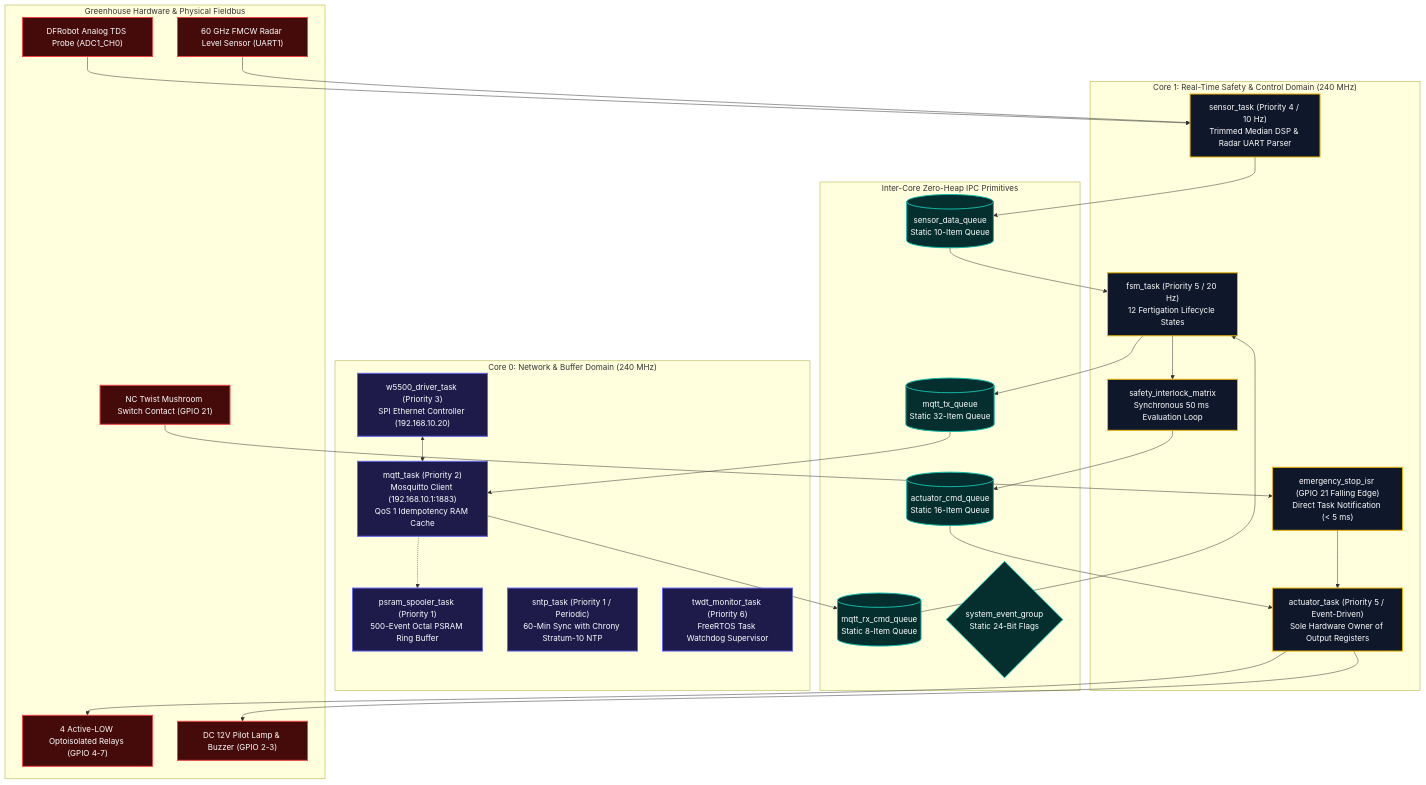
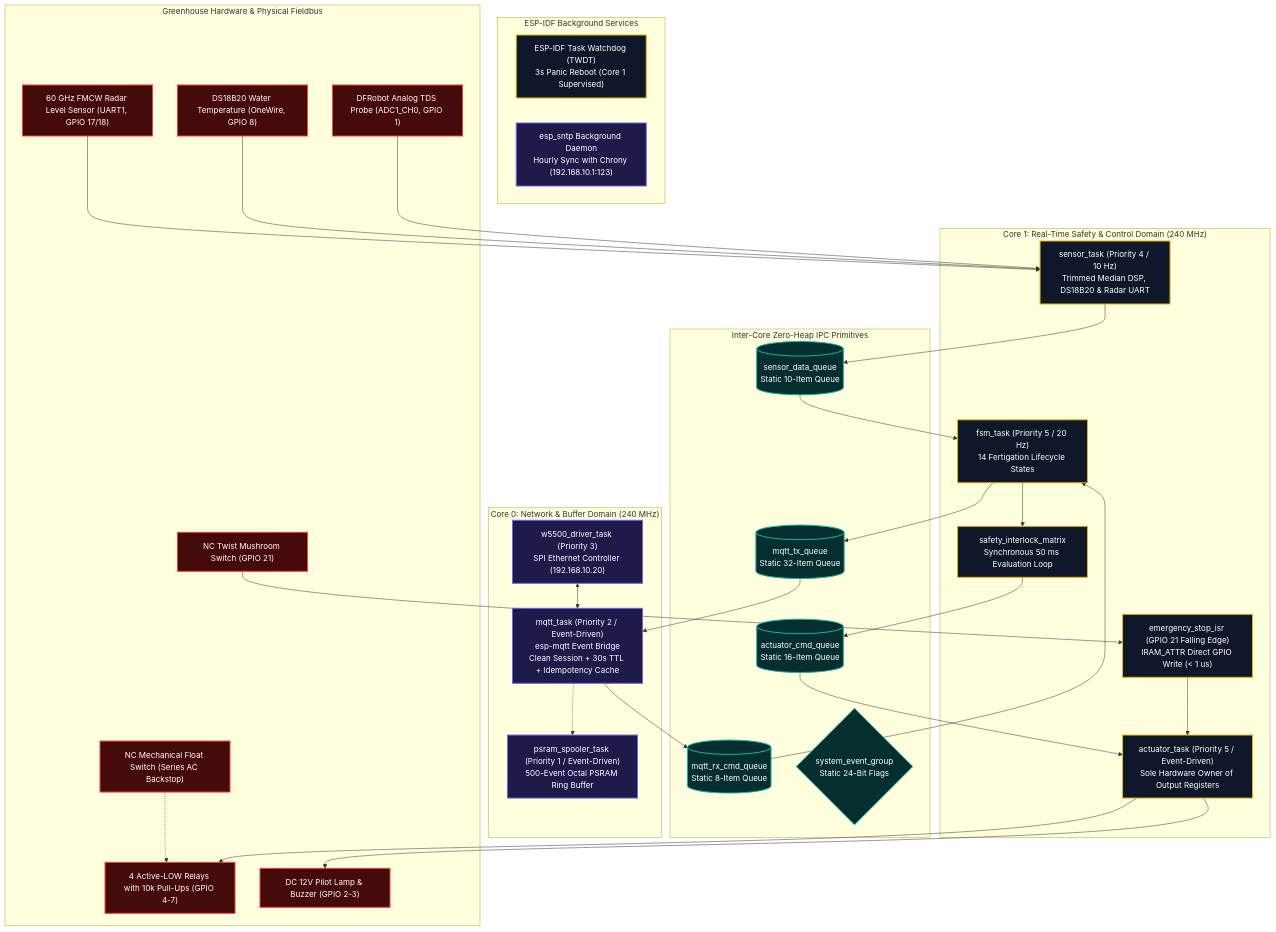
The first of 2 diagrams in brain/10_FIRMWARE_SPEC.md (imFreed0m/desanomia), drawn with Mermaid before and after one commit. The commit also changed other lines of this file and 14 other files, not shown here.

````diff
--- a/brain/10_FIRMWARE_SPEC.md
+++ b/brain/10_FIRMWARE_SPEC.md
@@ -14,58 +14,65 @@
 ```mermaid
 flowchart TD
     classDef core1 fill:#0f172a,stroke:#eab308,stroke-width:2px,color:#fff;
     classDef core0 fill:#1e1b4b,stroke:#6366f1,stroke-width:2px,color:#fff;
     classDef hardware fill:#450a0a,stroke:#ef4444,stroke-width:2px,color:#fff;
     classDef ipc fill:#042f2e,stroke:#14b8a6,stroke-width:2px,color:#fff;
 
     subgraph Core1Domain ["Core 1: Real-Time Safety & Control Domain (240 MHz)"]
-        FSM["fsm_task (Priority 5 / 20 Hz)\n12 Fertigation Lifecycle States"]:::core1
+        FSM["fsm_task (Priority 5 / 20 Hz)\n14 Fertigation Lifecycle States"]:::core1
         Interlocks["safety_interlock_matrix\nSynchronous 50 ms Evaluation Loop"]:::core1
-        SensorTask["sensor_task (Priority 4 / 10 Hz)\nTrimmed Median DSP & Radar UART Parser"]:::core1
+        SensorTask["sensor_task (Priority 4 / 10 Hz)\nTrimmed Median DSP, DS18B20 & Radar UART"]:::core1
         ActuatorTask["actuator_task (Priority 5 / Event-Driven)\nSole Hardware Owner of Output Registers"]:::core1
-        EStopISR["emergency_stop_isr (GPIO 21 Falling Edge)\nDirect Task Notification (< 5 ms)"]:::core1
+        EStopISR["emergency_stop_isr (GPIO 21 Falling Edge)\nIRAM_ATTR Direct GPIO Write (< 1 us)"]:::core1
     end
 
     subgraph InterCoreIPC ["Inter-Core Zero-Heap IPC Primitives"]
         SensorQueue[("sensor_data_queue\nStatic 10-Item Queue")]:::ipc
         CmdQueue[("actuator_cmd_queue\nStatic 16-Item Queue")]:::ipc
         MQTTTxQueue[("mqtt_tx_queue\nStatic 32-Item Queue")]:::ipc
         MQTTRxQueue[("mqtt_rx_cmd_queue\nStatic 8-Item Queue")]:::ipc
         EventGroup{"system_event_group\nStatic 24-Bit Flags"}:::ipc
     end
 
     subgraph Core0Domain ["Core 0: Network & Buffer Domain (240 MHz)"]
         W5500Task["w5500_driver_task (Priority 3)\nSPI Ethernet Controller (192.168.10.20)"]:::core0
-        MQTTTask["mqtt_task (Priority 2)\nMosquitto Client (192.168.10.1:1883)\nQoS 1 Idempotency RAM Cache"]:::core0
-        PSRAMSpooler["psram_spooler_task (Priority 1)\n500-Event Octal PSRAM Ring Buffer"]:::core0
-        SNTPTask["sntp_task (Priority 1 / Periodic)\n60-Min Sync with Chrony Stratum-10 NTP"]:::core0
-        Watchdog["twdt_monitor_task (Priority 6)\nFreeRTOS Task Watchdog Supervisor"]:::core0
+        MQTTTask["mqtt_task (Priority 2 / Event-Driven)\nesp-mqtt Event Bridge\nClean Session + 30s TTL + Idempotency Cache"]:::core0
+        PSRAMSpooler["psram_spooler_task (Priority 1 / Event-Driven)\n500-Event Octal PSRAM Ring Buffer"]:::core0
+    end
+
+    subgraph NativeIDF ["ESP-IDF Background Services"]
+        TWDT["ESP-IDF Task Watchdog (TWDT)\n3s Panic Reboot (Core 1 Supervised)"]:::core1
+        SNTP["esp_sntp Background Daemon\nHourly Sync with Chrony (192.168.10.1:123)"]:::core0
     end
 
     subgraph PhysicalHW ["Greenhouse Hardware & Physical Fieldbus"]
-        AFE["DFRobot Analog TDS Probe (ADC1_CH0)"]:::hardware
-        Radar["60 GHz FMCW Radar Level Sensor (UART1)"]:::hardware
-        EStopSwitch["NC Twist Mushroom Switch Contact (GPIO 21)"]:::hardware
-        Relays["4 Active-LOW Optoisolated Relays (GPIO 4-7)"]:::hardware
+        AFE["DFRobot Analog TDS Probe (ADC1_CH0, GPIO 1)"]:::hardware
+        TempSens["DS18B20 Water Temperature (OneWire, GPIO 8)"]:::hardware
+        Radar["60 GHz FMCW Radar Level Sensor (UART1, GPIO 17/18)"]:::hardware
+        EStopSwitch["NC Twist Mushroom Switch (GPIO 21)"]:::hardware
+        FloatSwitch["NC Mechanical Float Switch (Series AC Backstop)"]:::hardware
+        Relays["4 Active-LOW Relays with 10k Pull-Ups (GPIO 4-7)"]:::hardware
         Alarms["DC 12V Pilot Lamp & Buzzer (GPIO 2-3)"]:::hardware
     end
 
     AFE --> SensorTask
+    TempSens --> SensorTask
     Radar --> SensorTask
     EStopSwitch --> EStopISR
     EStopISR --> ActuatorTask
     SensorTask --> SensorQueue
     SensorQueue --> FSM
     FSM --> Interlocks
     Interlocks --> CmdQueue
     CmdQueue --> ActuatorTask
     ActuatorTask --> Relays
     ActuatorTask --> Alarms
+    FloatSwitch -.-> Relays
 
     FSM --> MQTTTxQueue
     MQTTTxQueue --> MQTTTask
     MQTTRxQueue --> FSM
     MQTTTask --> MQTTRxQueue
     MQTTTask -.-> PSRAMSpooler
     W5500Task <--> MQTTTask
 ```
````
